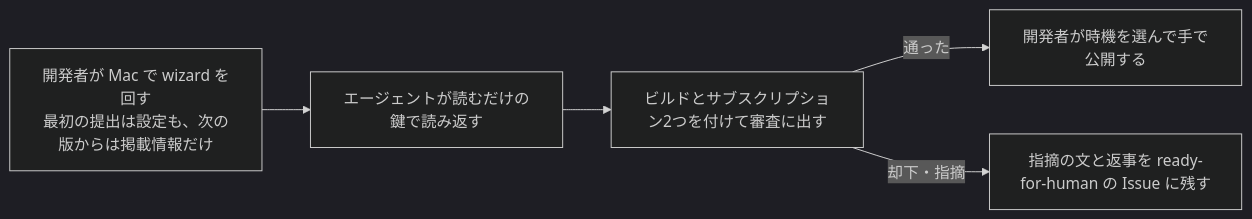
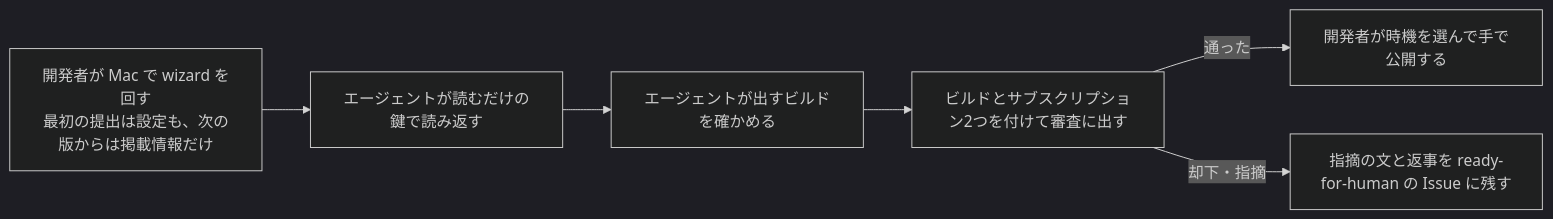
The diagram in docs/agents/ios-release.md (gn-t-k/nu-tori), drawn with Mermaid (dark theme) before and after one commit. The commit also changed other lines of this file, not shown here.

First line of the commit message:
審査に出すたびに主な流れを実機で通し直さず、エージェントが出すビルドを確かめる（#864）

````diff
--- a/docs/agents/ios-release.md
+++ b/docs/agents/ios-release.md
@@ -39,7 +39,8 @@
 ```mermaid
 flowchart LR
   W["開発者が Mac で wizard を回す<br/>最初の提出は設定も、次の版からは掲載情報だけ"] --> R["エージェントが読むだけの鍵で読み返す"]
-  R --> S["ビルドとサブスクリプション2つを付けて審査に出す"]
+  R --> B["エージェントが出すビルドを確かめる"]
+  B --> S["ビルドとサブスクリプション2つを付けて審査に出す"]
   S -->|通った| P["開発者が時機を選んで手で公開する"]
   S -->|却下・指摘| I["指摘の文と返事を ready-for-human の Issue に残す"]
 ```
````
